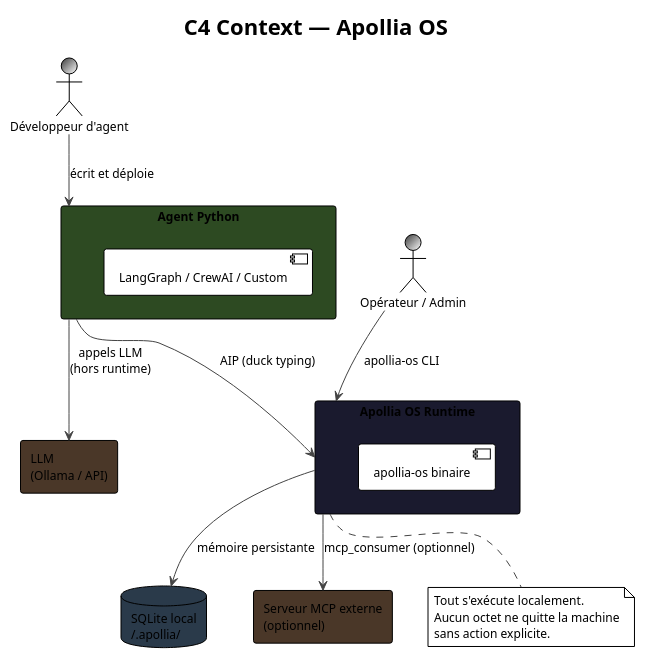
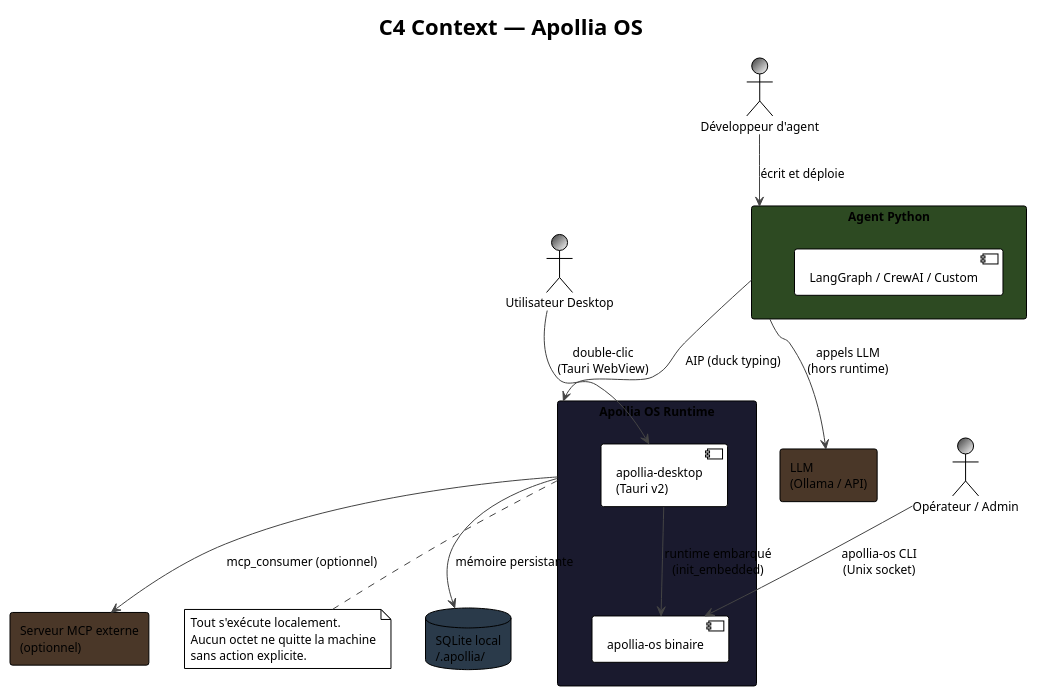
One commit to nidal-z/apollia-os changed the diagram in docs/diagrams/c4-context-runtime.puml. Above: the diagram before and after it, drawn with PlantUML. The commit also changed 15 other files, not shown here.

First line of the commit message:
feat(apollia-desktop): introduce apollia-desktop application with Tauri integration and embedded runtime

```diff
--- a/docs/diagrams/c4-context-runtime.puml
+++ b/docs/diagrams/c4-context-runtime.puml
@@ -1,39 +1,43 @@
 @startuml c4-context-runtime
 !theme plain
 skinparam backgroundColor #FFFFFF
 skinparam defaultFontName "JetBrains Mono"
 skinparam defaultFontSize 12
 skinparam ArrowColor #444444
 skinparam BorderColor #444444
 
 title C4 Context — Apollia OS
 
 actor "Développeur d'agent" as dev #3a3a3a/white
 actor "Opérateur / Admin" as ops #3a3a3a/white
+actor "Utilisateur Desktop" as desktop_user #3a3a3a/white
 
 rectangle "Apollia OS Runtime" as runtime #1a1a2e {
   component "apollia-os binaire" as bin
+  component "apollia-desktop\n(Tauri v2)" as desktop
 }
 
 rectangle "Agent Python" as agent #2d4a22 {
   component "LangGraph / CrewAI / Custom" as fw
 }
 
 database "SQLite local\n~/.apollia/" as sqlite #2a3a4a
 rectangle "Serveur MCP externe\n(optionnel)" as mcp #4a3728
 rectangle "LLM\n(Ollama / API)" as llm #4a3728
 
 dev --> agent : écrit et déploie
-ops --> runtime : apollia-os CLI
+ops --> bin : apollia-os CLI\n(Unix socket)
+desktop_user --> desktop : double-clic\n(Tauri WebView)
+desktop --> bin : runtime embarqué\n(init_embedded)
 agent --> runtime : AIP (duck typing)
 runtime --> sqlite : mémoire persistante
 runtime --> mcp : mcp_consumer (optionnel)
 agent --> llm : appels LLM\n(hors runtime)
 
 note bottom of runtime
   Tout s'exécute localement.
   Aucun octet ne quitte la machine
   sans action explicite.
 end note
 
 @enduml
```
